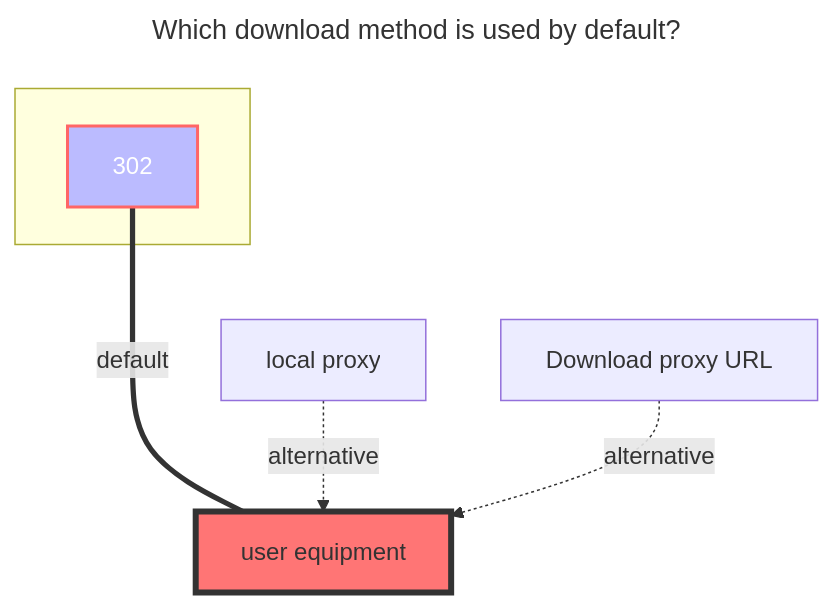
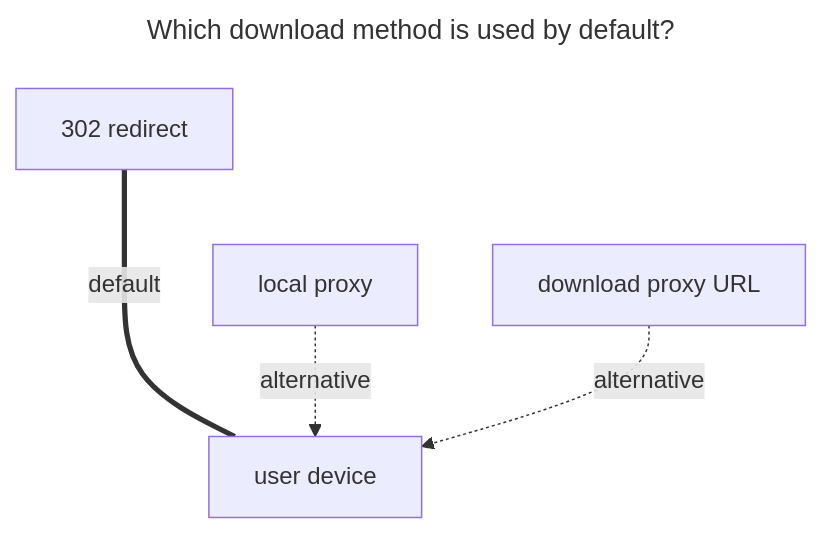
One commit to OpenListTeam/OpenList-Docs changed the first of 2 diagrams in pages/guide/drivers/139.md. Above: the diagram before and after it, drawn with Mermaid. The commit also changed other lines of this file, not shown here.

````diff
--- a/pages/guide/drivers/139.md
+++ b/pages/guide/drivers/139.md
@@ -351,18 +389,12 @@
 ```mermaid
 ---
 title: Which download method is used by default?
 ---
 flowchart TB
-    style a1 fill:#bbf,stroke:#f66,stroke-width:2px,color:#fff
-    style a2 fill:#ff7575,stroke:#333,stroke-width:4px
-    subgraph ide1 [ ]
-    a1
-    end
-    a1[302]:::someclass====|default|a2[user equipment]
-    classDef someclass fill:#f96
-    c1[local proxy]-.alternative.->a2[user equipment]
-    b1[Download proxy URL]-.alternative.->a2[user equipment]
+    a1[302 redirect]====|default|a2[user device]
+    c1[local proxy]-.alternative.->a2
+    b1[download proxy URL]-.alternative.->a2
     click a1 "../drivers/common.html#webdav-policy"
     click b1 "../drivers/common.html#webdav-policy"
     click c1 "../drivers/common.html#webdav-policy"
 ```
````
